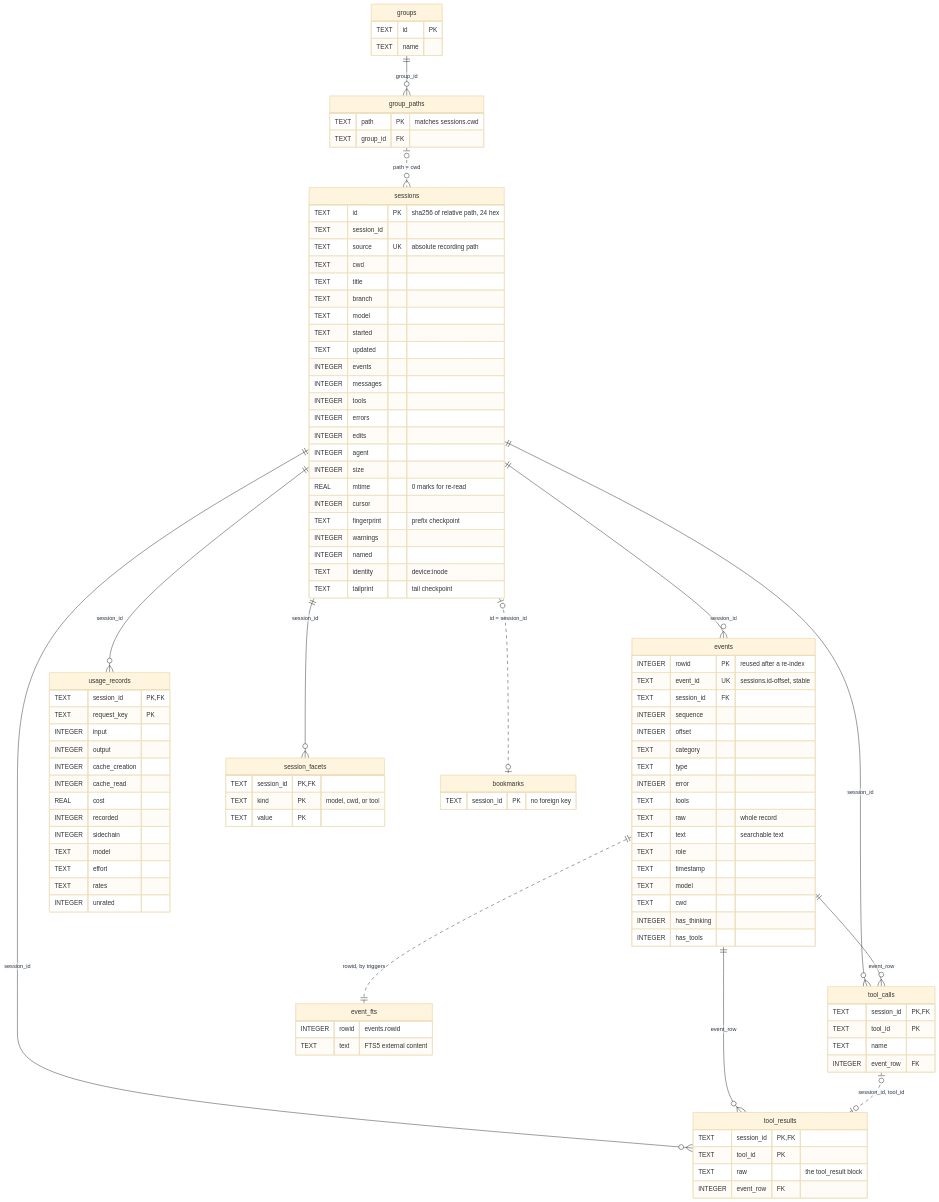
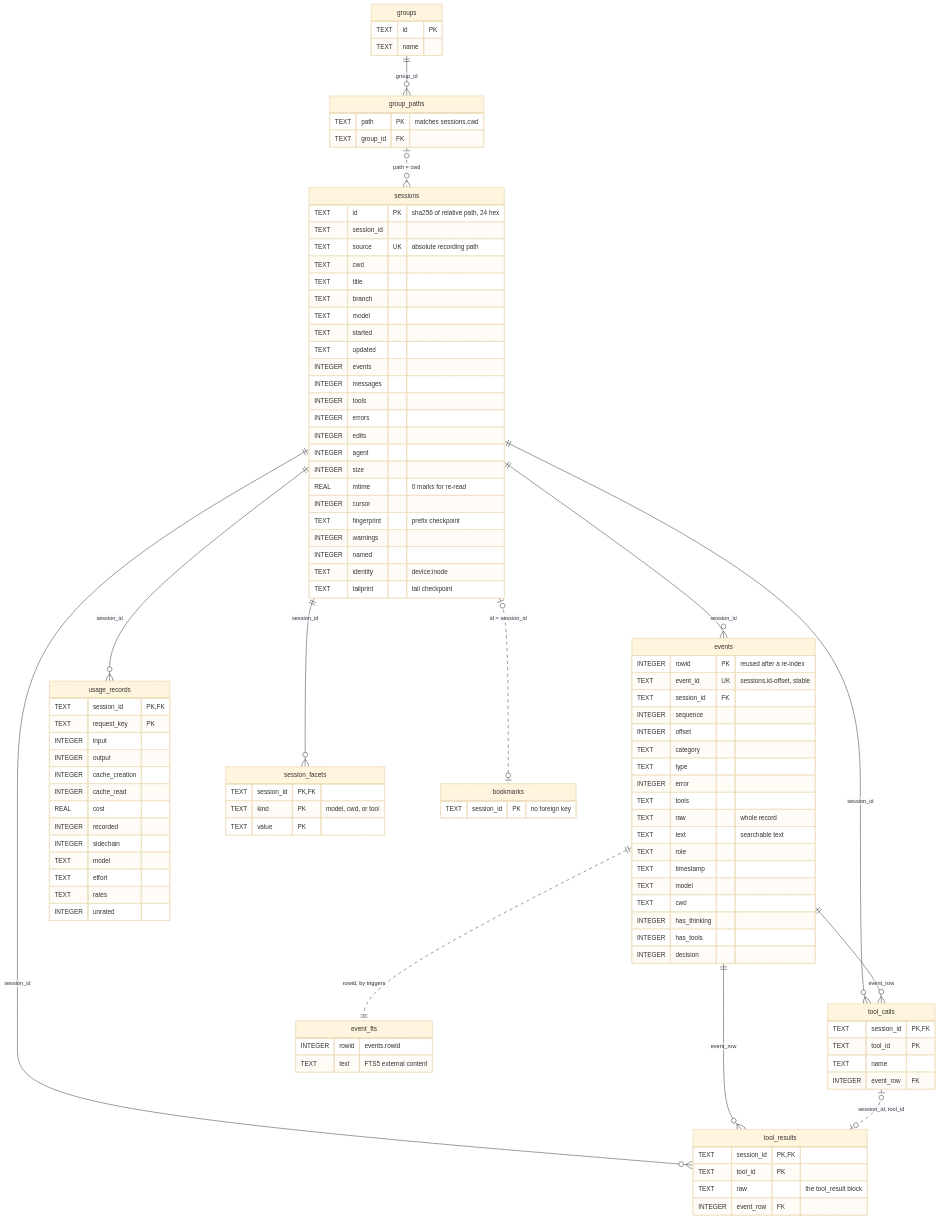
Before and after one commit to fantomc0der/claude-blackbox: the diagram in docs/sqlite-schema.md, drawn with Mermaid (base theme). The commit also changed other lines of this file and 21 other files, not shown here.

```diff
--- a/docs/sqlite-schema.md
+++ b/docs/sqlite-schema.md
@@ -103,6 +103,7 @@
     TEXT cwd
     INTEGER has_thinking
     INTEGER has_tools
+    INTEGER decision
   }
   event_fts {
     INTEGER rowid "events.rowid"
```
